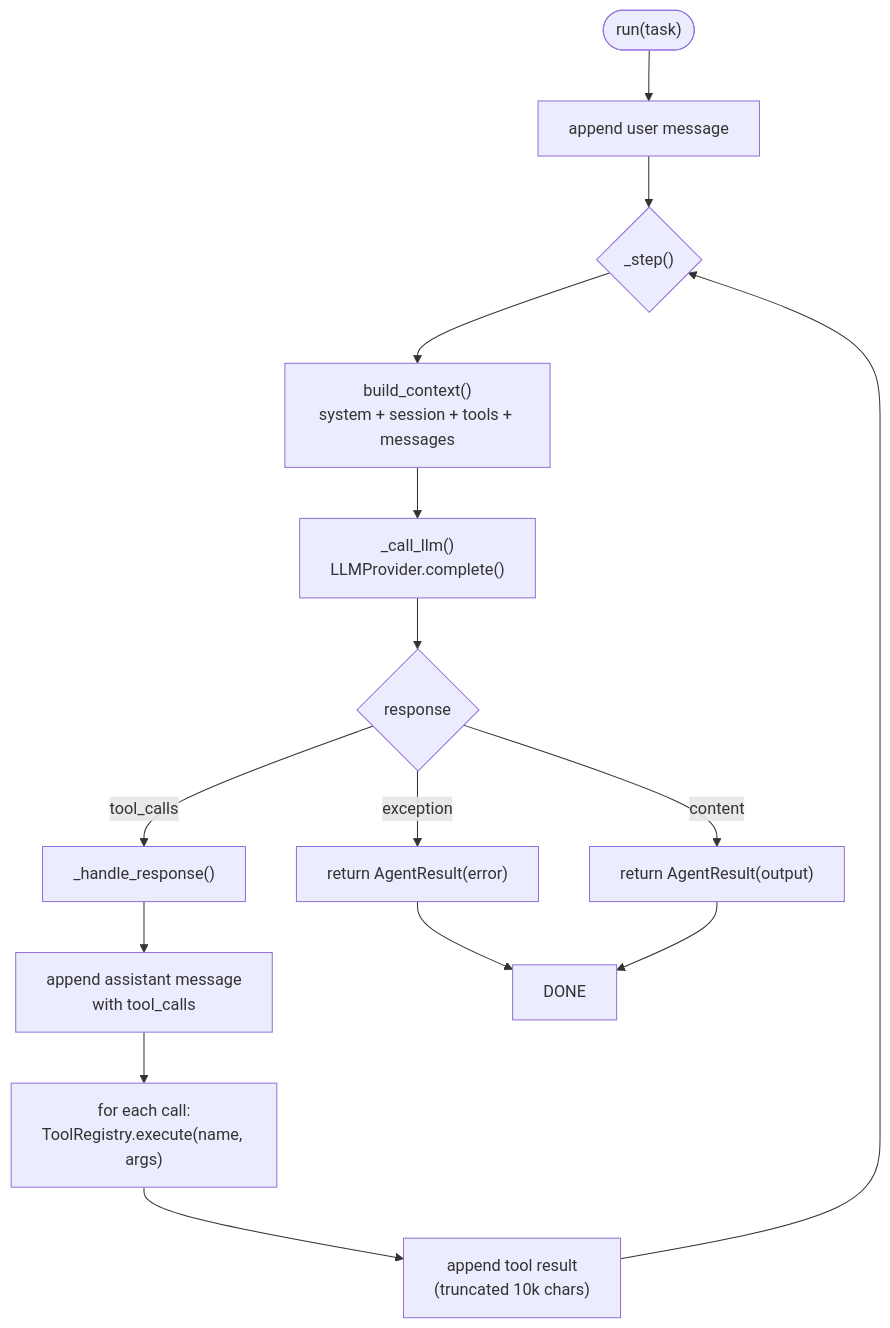
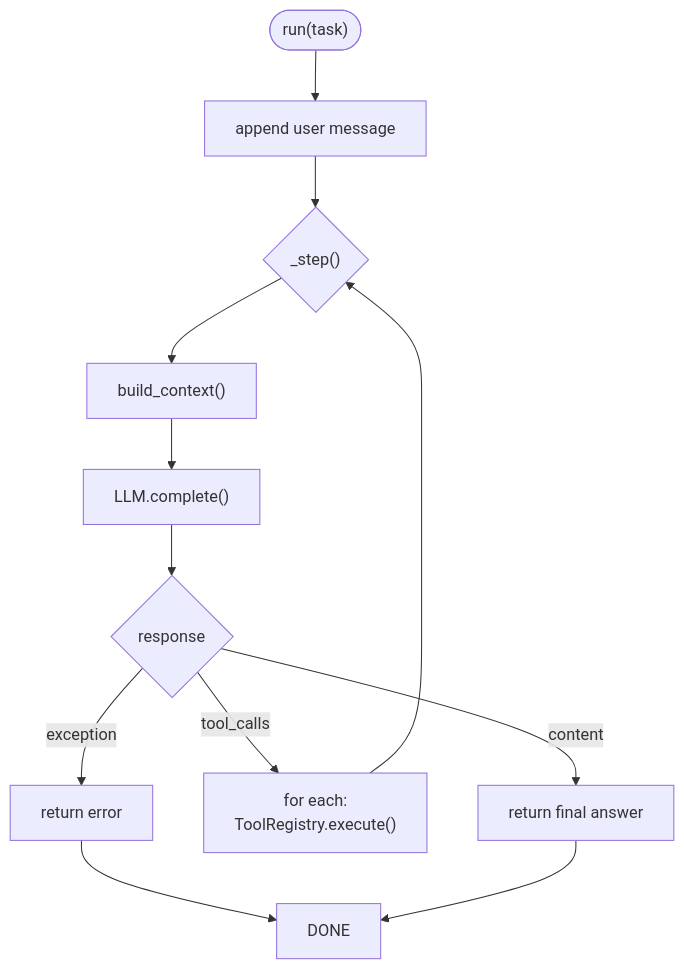
Before and after one commit to shivammishrr/Sarvagya: the second of 4 diagrams in README.md, drawn with Mermaid. The commit also changed other lines of this file, not shown here.

````diff
--- a/README.md
+++ b/README.md
@@ -121,21 +97,14 @@
 ```mermaid
 flowchart TD
     START(["run(task)"]) --> APPEND["append user message"]
     APPEND --> STEP{"_step()"}
-
-    STEP --> BUILD["build_context()<br/>system + session + tools + messages"]
-    BUILD --> LLM_CALL["_call_llm()<br/>LLMProvider.complete()"]
+    STEP --> BUILD["build_context()"]
+    BUILD --> LLM_CALL["LLM.complete()"]
     LLM_CALL --> CHECK{"response"}
-
-    CHECK -->|"exception"| FAIL["return AgentResult(error)"]
-    CHECK -->|"tool_calls"| EXEC["_handle_response()"]
-    CHECK -->|"content"| SUCCESS["return AgentResult(output)"]
-
-    EXEC --> ASM["append assistant message<br/>with tool_calls"]
-    ASM --> DISPATCH["for each call:<br/>ToolRegistry.execute(name, args)"]
-    DISPATCH --> RESULT["append tool result<br/>(truncated 10k chars)"]
-    RESULT --> STEP
-
+    CHECK -->|"exception"| FAIL["return error"]
+    CHECK -->|"tool_calls"| EXEC["for each:<br/>ToolRegistry.execute()"]
+    CHECK -->|"content"| SUCCESS["return final answer"]
+    EXEC --> STEP
     FAIL --> DONE
     SUCCESS --> DONE
 ```
````
